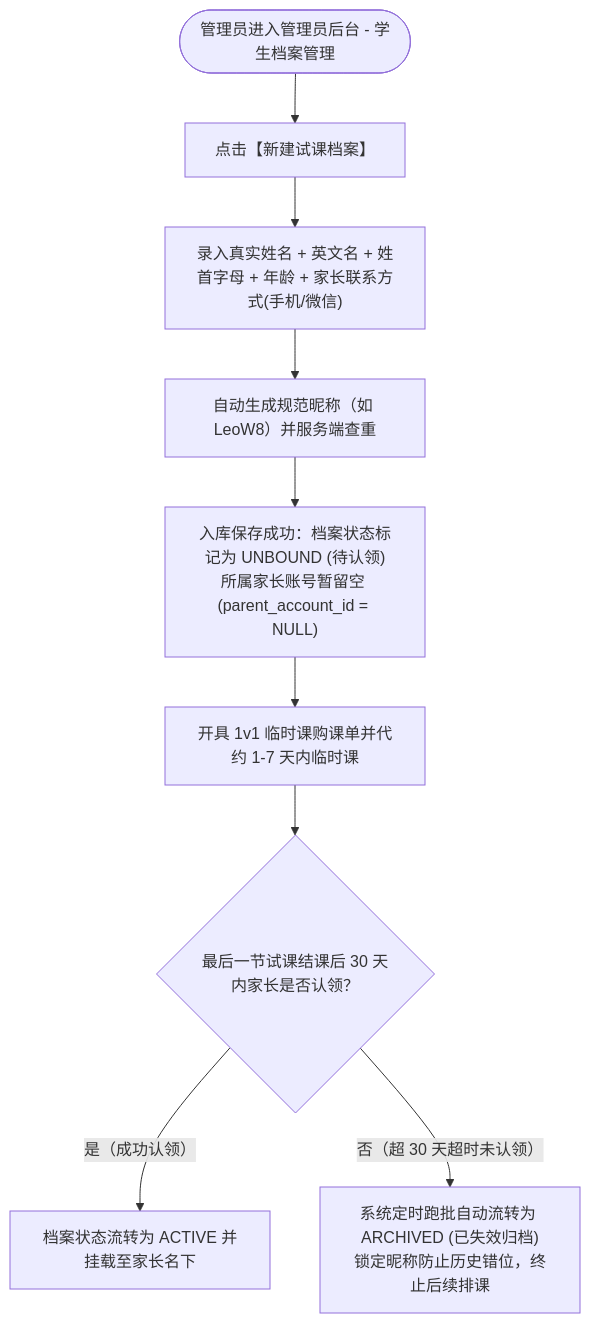
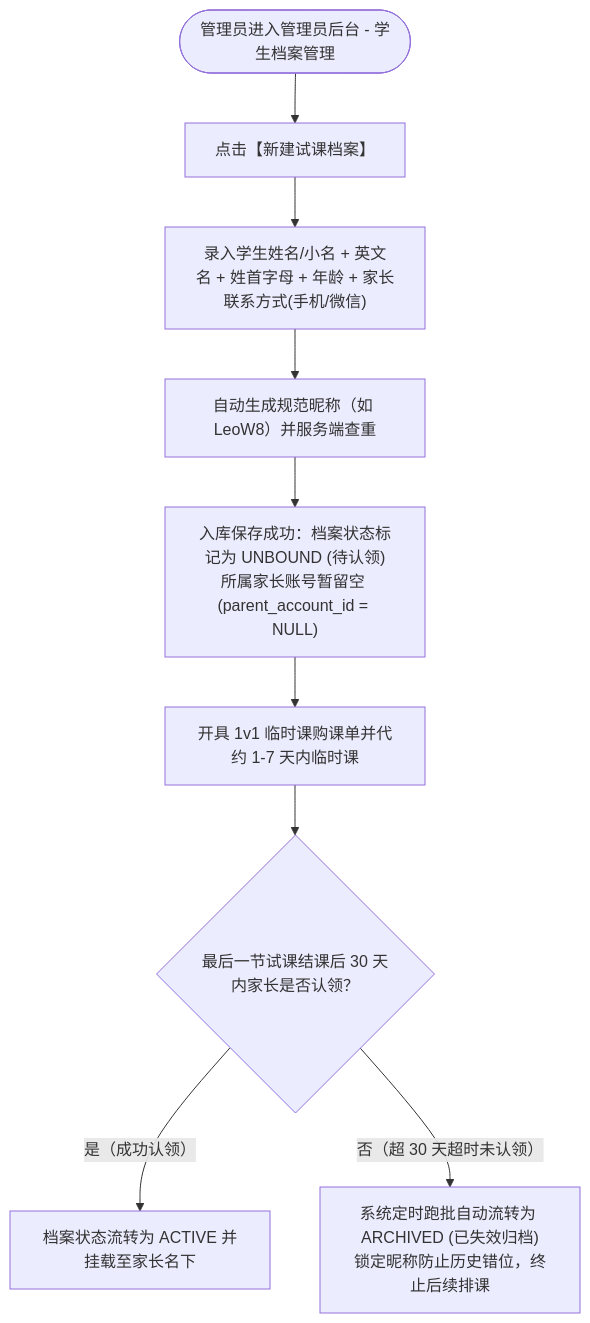
The second of 5 diagrams in docs/prd/m1a_student_profile.md (Onezao/dream), drawn with Mermaid before and after one commit. The commit also changed other lines of this file and 32 other files, not shown here.

````diff
--- a/docs/prd/m1a_student_profile.md
+++ b/docs/prd/m1a_student_profile.md
@@ -87,11 +87,11 @@
 ```mermaid
 flowchart TD
     AdminStart(["管理员进入管理员后台 - 学生档案管理"]) --> ClickPreCreate["点击【新建试课档案】"]
-    ClickPreCreate --> InputTrialForm["录入真实姓名 + 英文名 + 姓首字母 + 年龄 + 家长联系方式(手机/微信)"]
+    ClickPreCreate --> InputTrialForm["录入学生姓名/小名 + 英文名 + 姓首字母 + 年龄 + 家长联系方式(手机/微信)"]
     InputTrialForm --> AutoNick["自动生成规范昵称（如 LeoW8）并服务端查重"]
     AutoNick --> SaveUnbound["入库保存成功：档案状态标记为 UNBOUND (待认领)<br/>所属家长账号暂留空 (parent_account_id = NULL)"]
     SaveUnbound --> BookTrial["开具 1v1 临时课购课单并代约 1-7 天内临时课"]
     BookTrial --> CheckClaim{"最后一节试课结课后 30 天内家长是否认领？"}
     CheckClaim -->|"是（成功认领）"| BoundActive["档案状态流转为 ACTIVE 并挂载至家长名下"]
     CheckClaim -->|"否（超 30 天超时未认领）"| AutoArchive["系统定时跑批自动流转为 ARCHIVED (已失效归档)<br/>锁定昵称防止历史错位，终止后续排课"]
 ```
````
